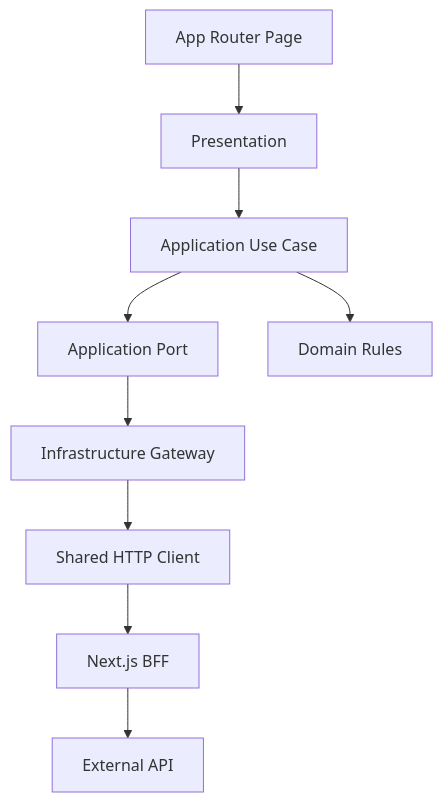
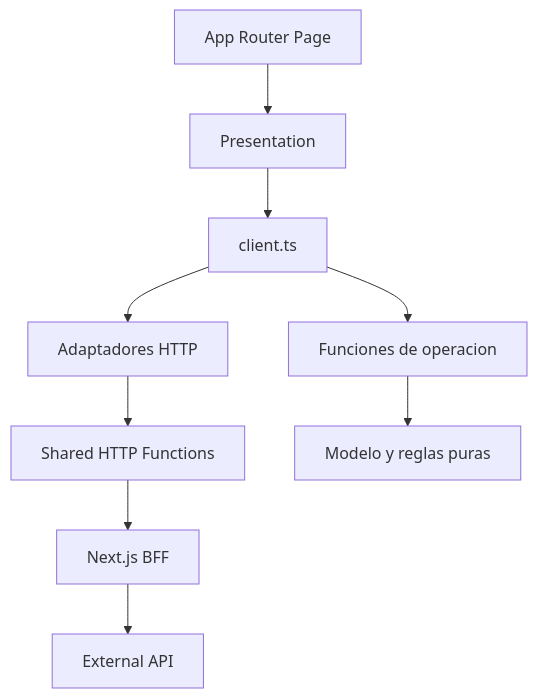
The second of 5 diagrams in docs/architecture/sdd.md (luismiguelgs/ciunac-sol-1.3), drawn with Mermaid before and after one commit. The commit also changed other lines of this file and 431 other files, not shown here.

````diff
--- a/docs/architecture/sdd.md
+++ b/docs/architecture/sdd.md
@@ -57,11 +81,11 @@
 ```mermaid
 flowchart TD
     Route[App Router Page] --> Presentation[Presentation]
-    Presentation --> UseCase[Application Use Case]
-    UseCase --> Port[Application Port]
-    Port --> Gateway[Infrastructure Gateway]
-    Gateway --> Http[Shared HTTP Client]
+    Presentation --> Composition[client.ts]
+    Composition --> UseCase[Funciones de operacion]
+    Composition --> Gateway[Adaptadores HTTP]
+    Gateway --> Http[Shared HTTP Functions]
     Http --> BFF[Next.js BFF]
     BFF --> API[External API]
-    UseCase --> Domain[Domain Rules]
+    UseCase --> Domain[Modelo y reglas puras]
 ```
````
